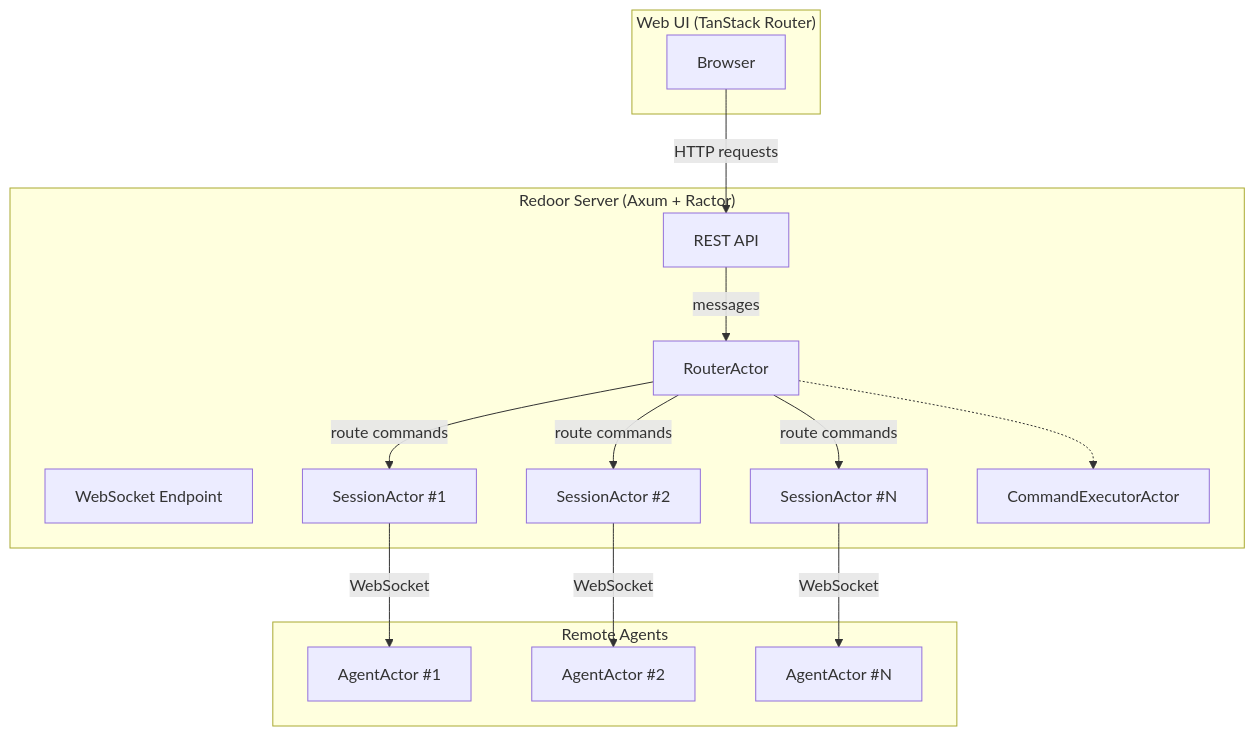
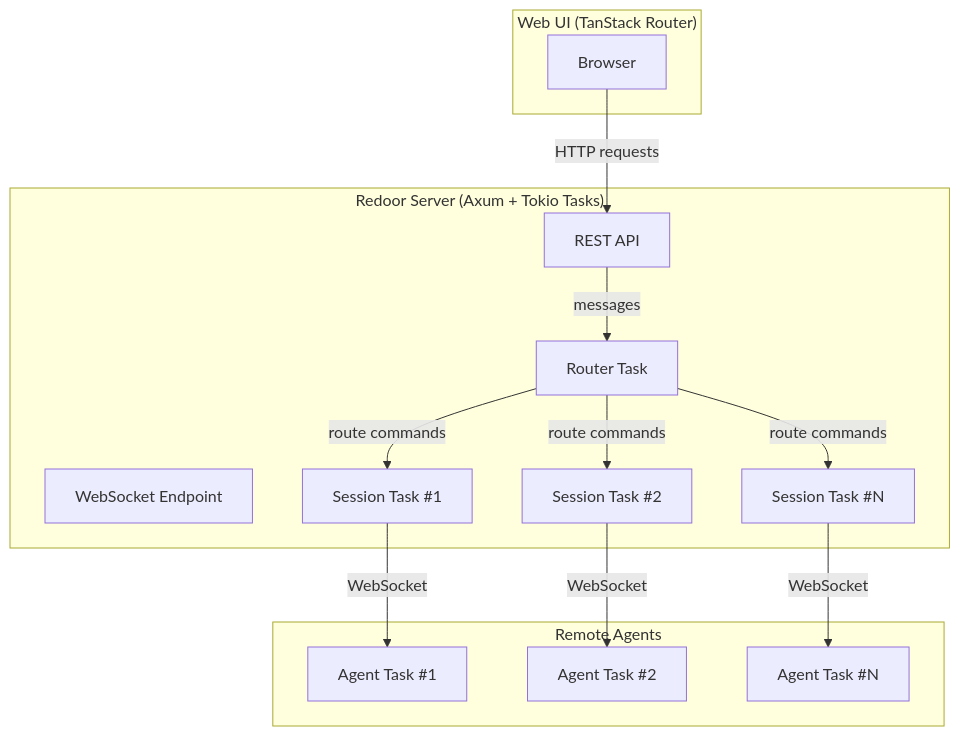
Before and after one commit to esamattis/redoor: the first of 4 diagrams in README.md, drawn with Mermaid. The commit also changed other lines of this file and 27 other files, not shown here.

````diff
--- a/README.md
+++ b/README.md
@@ -15,32 +15,30 @@
 ```mermaid
 graph TB
     subgraph UI["Web UI (TanStack Router)"]
         Browser["Browser"]
     end
 
-    subgraph Server["Redoor Server (Axum + Ractor)"]
+    subgraph Server["Redoor Server (Axum + Tokio Tasks)"]
         REST["REST API"]
         WS["WebSocket Endpoint"]
-        Router["RouterActor"]
-        Session1["SessionActor #1"]
-        Session2["SessionActor #2"]
-        SessionN["SessionActor #N"]
-        CmdExec["CommandExecutorActor"]
+        Router["Router Task"]
+        Session1["Session Task #1"]
+        Session2["Session Task #2"]
+        SessionN["Session Task #N"]
     end
 
     subgraph Agents["Remote Agents"]
-        Agent1["AgentActor #1"]
-        Agent2["AgentActor #2"]
-        AgentN["AgentActor #N"]
+        Agent1["Agent Task #1"]
+        Agent2["Agent Task #2"]
+        AgentN["Agent Task #N"]
     end
 
     Browser -- "HTTP requests" --> REST
     REST -- "messages" --> Router
     Router -- "route commands" --> Session1
     Router -- "route commands" --> Session2
     Router -- "route commands" --> SessionN
     Session1 -- "WebSocket" --> Agent1
     Session2 -- "WebSocket" --> Agent2
     SessionN -- "WebSocket" --> AgentN
-    Router -.-> CmdExec
 ```
````
